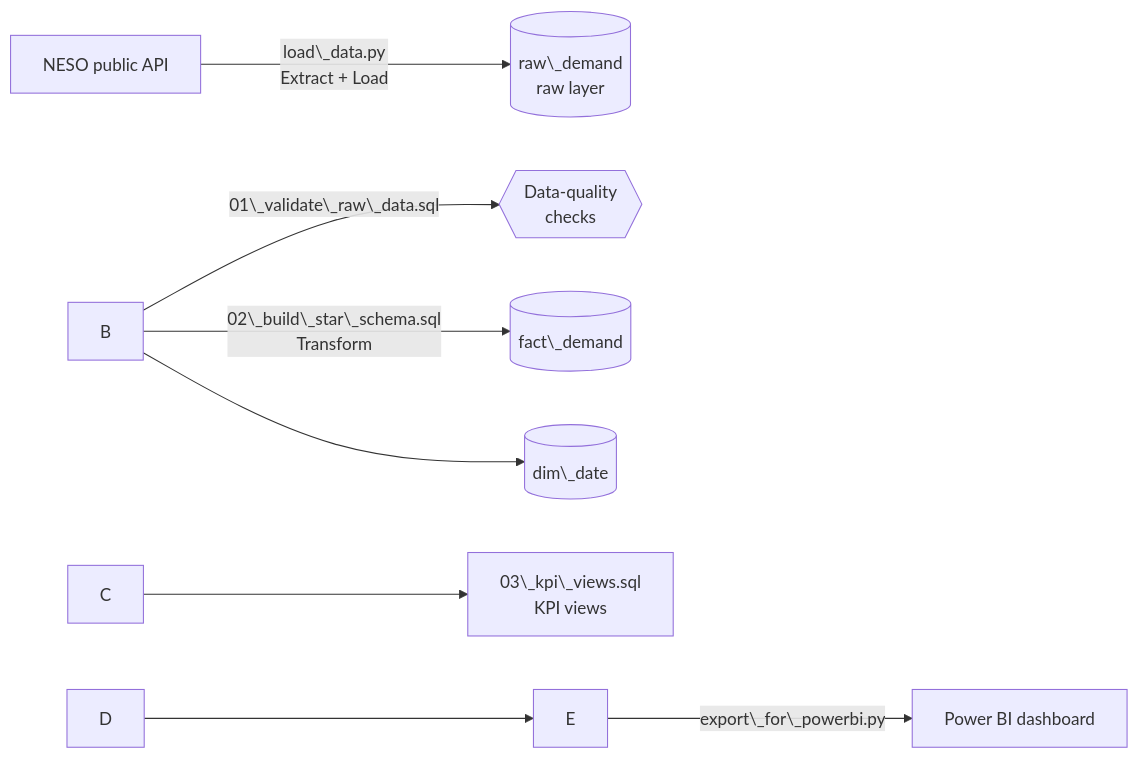
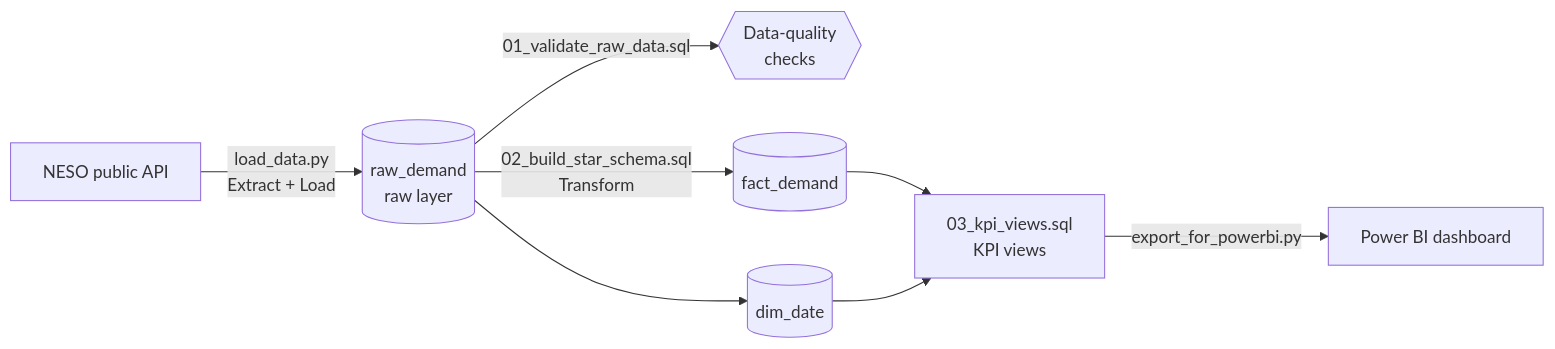
One commit to Tosin1611/UK-Electricity-Demand-SQL changed the first of 2 diagrams in README.md. Above: the diagram before and after it, drawn with Mermaid. The commit also changed other lines of this file and 2 other files, not shown here.

````diff
--- a/README.md
+++ b/README.md
@@ -16,10 +16,10 @@
 ```mermaid
 flowchart LR
-    A\[NESO public API] -->|load\_data.py<br/>Extract + Load| B\[(raw\_demand<br/>raw layer)]
-    B -->|01\_validate\_raw\_data.sql| V{{Data-quality<br/>checks}}
-    B -->|02\_build\_star\_schema.sql<br/>Transform| C\[(fact\_demand)]
-    B --> D\[(dim\_date)]
-    C --> E\[03\_kpi\_views.sql<br/>KPI views]
+    A[NESO public API] -->|load_data.py<br/>Extract + Load| B[(raw_demand<br/>raw layer)]
+    B -->|01_validate_raw_data.sql| V{{Data-quality<br/>checks}}
+    B -->|02_build_star_schema.sql<br/>Transform| C[(fact_demand)]
+    B --> D[(dim_date)]
+    C --> E[03_kpi_views.sql<br/>KPI views]
     D --> E
-    E -->|export\_for\_powerbi.py| F\[Power BI dashboard]
+    E -->|export_for_powerbi.py| F[Power BI dashboard]
 ```
````
